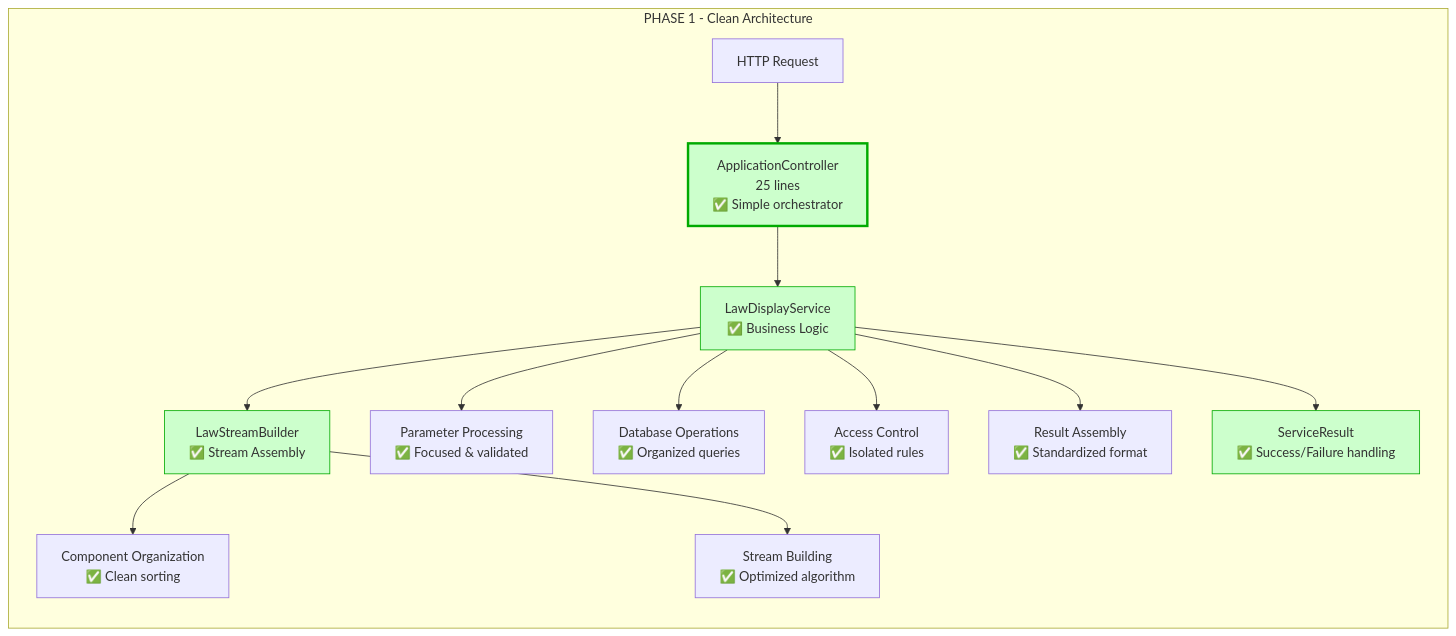
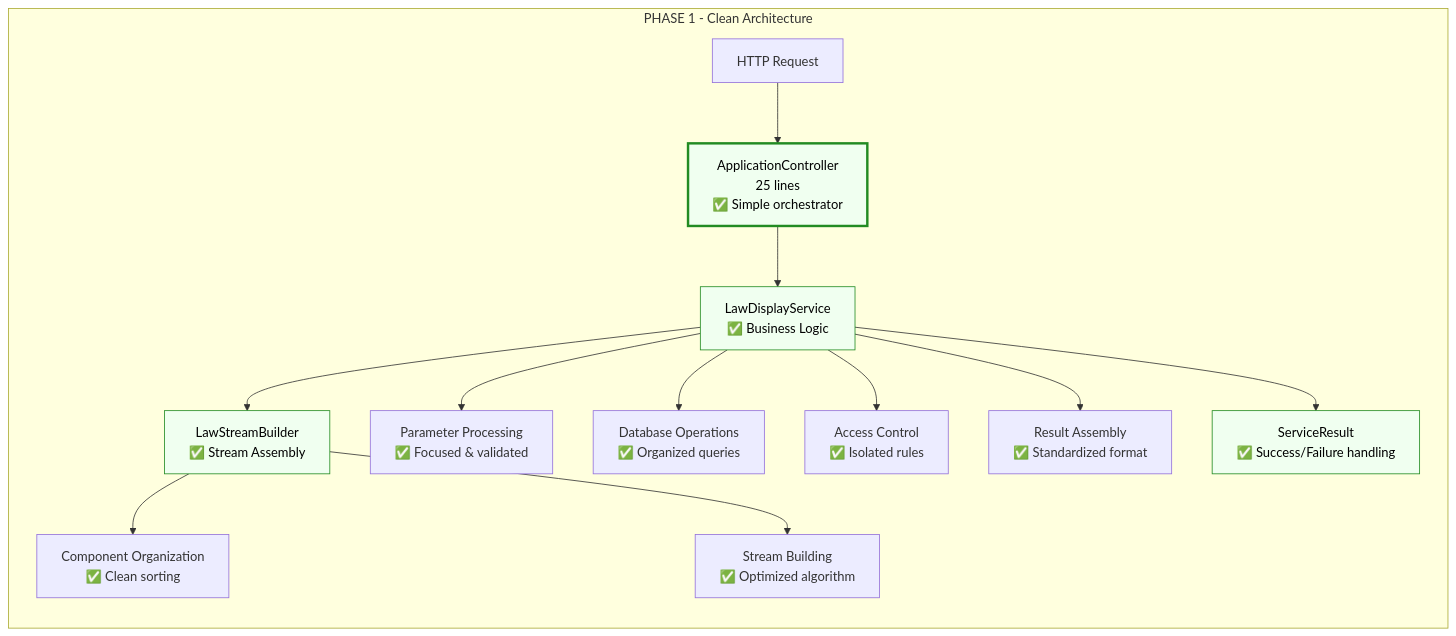
One commit to TodoLegal/TodoLegal changed the fourth of 14 diagrams in docs/get_raw_law_refactor/LAW_DISPLAY_ARCHITECTURE_GUIDE.md. Above: the diagram before and after it, drawn with Mermaid. The commit also changed other lines of this file, not shown here.

````diff
--- a/docs/get_raw_law_refactor/LAW_DISPLAY_ARCHITECTURE_GUIDE.md
+++ b/docs/get_raw_law_refactor/LAW_DISPLAY_ARCHITECTURE_GUIDE.md
@@ -132,26 +132,26 @@
 ```mermaid
 graph TB
     subgraph "PHASE 1 - Clean Architecture"
         direction TB
         
         A[HTTP Request] --> B[ApplicationController<br/>25 lines<br/>✅ Simple orchestrator]
         
         B --> C[LawDisplayService<br/>✅ Business Logic]
         C --> D[LawStreamBuilder<br/>✅ Stream Assembly] 
         
         C --> E[Parameter Processing<br/>✅ Focused & validated]
         C --> F[Database Operations<br/>✅ Organized queries]
         C --> G[Access Control<br/>✅ Isolated rules]
         C --> H[Result Assembly<br/>✅ Standardized format]
         
         D --> I[Component Organization<br/>✅ Clean sorting]
         D --> J[Stream Building<br/>✅ Optimized algorithm]
         
         C --> K[ServiceResult<br/>✅ Success/Failure handling]
         
-        style B fill:#ccffcc,stroke:#00aa00,stroke-width:3px
-        style C fill:#ccffcc,stroke:#00aa00
-        style D fill:#ccffcc,stroke:#00aa00
-        style K fill:#ccffcc,stroke:#00aa00
+        style B fill:#f0fff0,stroke:#228b22,stroke-width:3px,color:#000000
+        style C fill:#f0fff0,stroke:#228b22,color:#000000
+        style D fill:#f0fff0,stroke:#228b22,color:#000000
+        style K fill:#f0fff0,stroke:#228b22,color:#000000
     end
 ```
````
